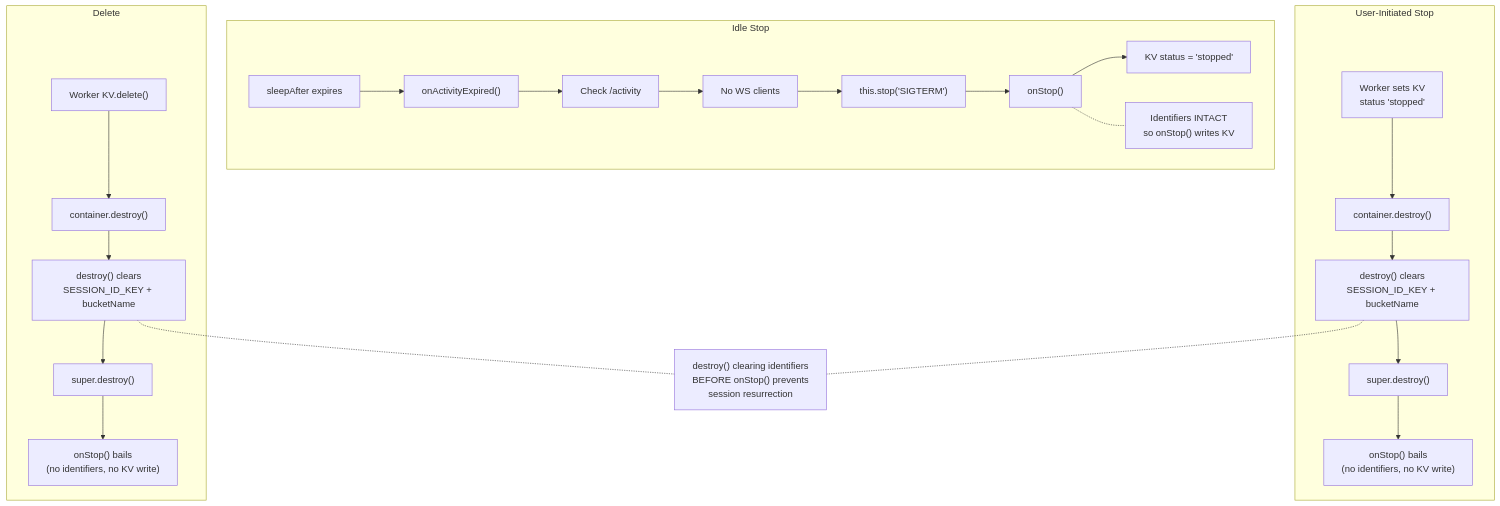
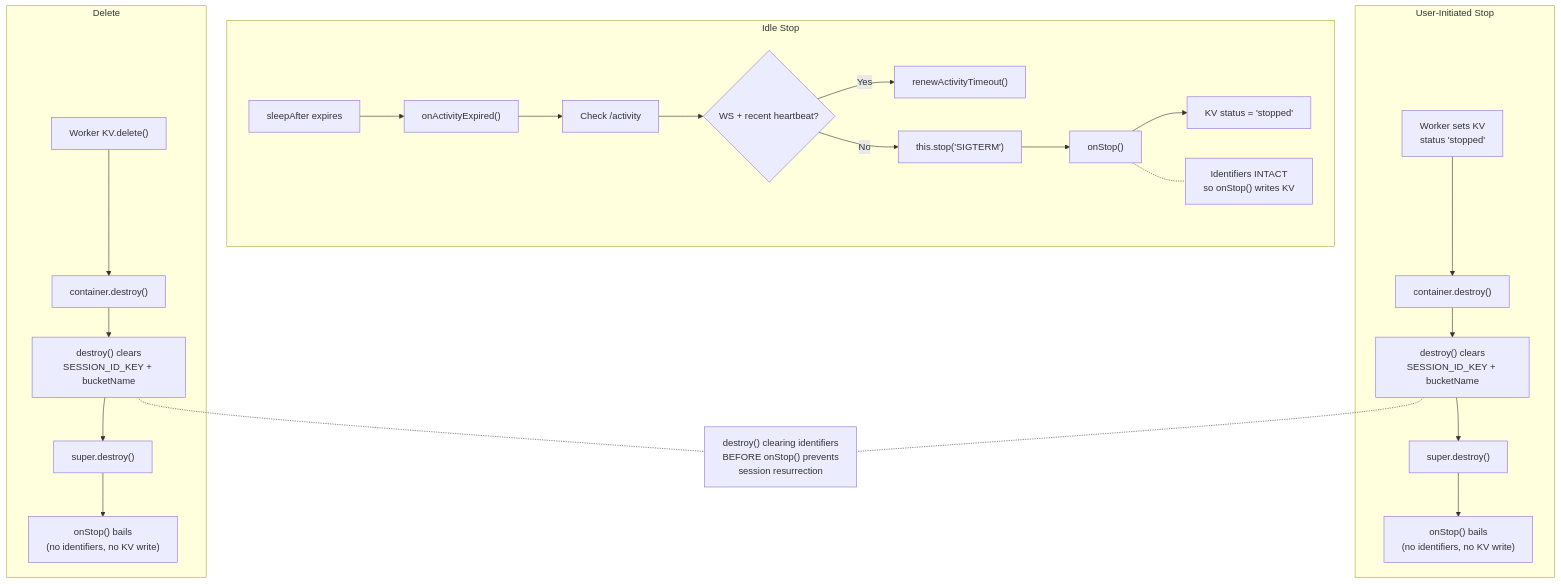
Before and after one commit to nikolanovoselec/codeflare: the eighth of 14 diagrams in TECHNICAL.md, drawn with Mermaid. The commit also changed other lines of this file and 11 other files, not shown here.

````diff
--- a/TECHNICAL.md
+++ b/TECHNICAL.md
@@ -398,29 +414,30 @@
 ```mermaid
 flowchart TD
     subgraph Idle["Idle Stop"]
         I1["sleepAfter expires"] --> I2["onActivityExpired()"]
         I2 --> I3["Check /activity"]
-        I3 --> I4["No WS clients"]
-        I4 --> I5["this.stop('SIGTERM')"]
+        I3 --> I4{"WS + recent heartbeat?"}
+        I4 -->|Yes| I4R["renewActivityTimeout()"]
+        I4 -->|No| I5["this.stop('SIGTERM')"]
         I5 --> I6["onStop()"]
         I6 --> I7["KV status = 'stopped'"]
         I6 -.- IN["Identifiers INTACT<br/>so onStop() writes KV"]
     end
 
     subgraph User["User-Initiated Stop"]
         U1["Worker sets KV<br/>status 'stopped'"] --> U2["container.destroy()"]
         U2 --> U3["destroy() clears<br/>SESSION_ID_KEY + bucketName"]
         U3 --> U4["super.destroy()"]
         U4 --> U5["onStop() bails<br/>(no identifiers, no KV write)"]
     end
 
     subgraph Del["Delete"]
         D1["Worker KV.delete()"] --> D2["container.destroy()"]
         D2 --> D3["destroy() clears<br/>SESSION_ID_KEY + bucketName"]
         D3 --> D4["super.destroy()"]
         D4 --> D5["onStop() bails<br/>(no identifiers, no KV write)"]
     end
 
     U3 -.- Key["destroy() clearing identifiers<br/>BEFORE onStop() prevents<br/>session resurrection"]
     D3 -.- Key
 ```
````
